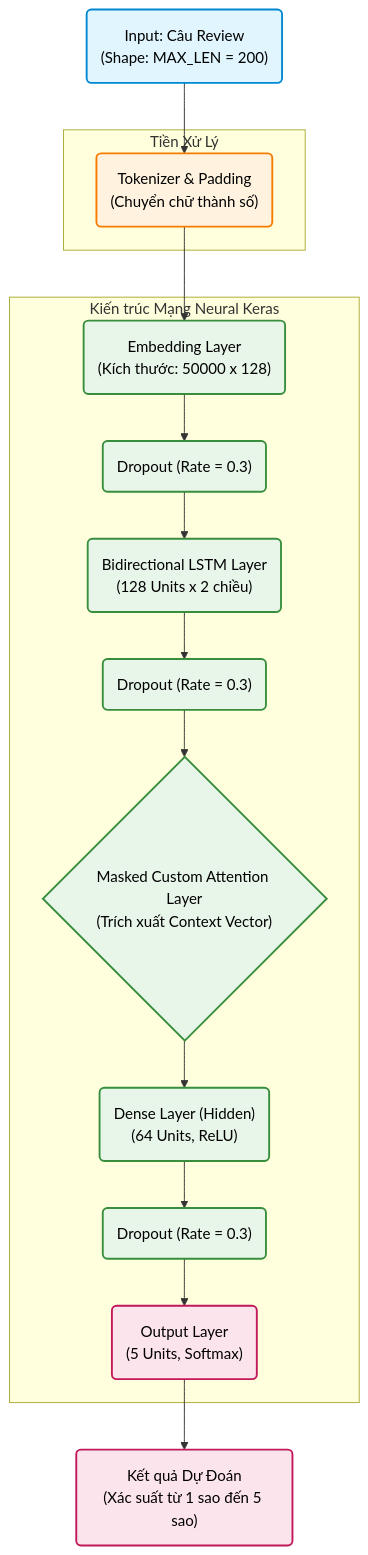
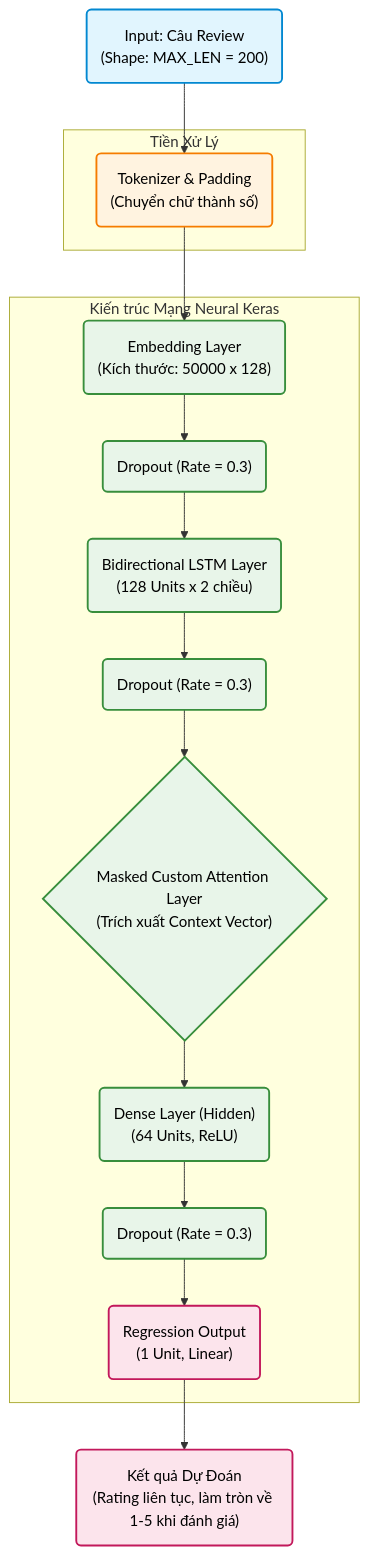
One commit to nguyenphongg233/BiLSTMnAttention-For-Sentiment-Analysis changed the diagram in BiLSTM +  Attention/Architecture.md. Above: the diagram before and after it, drawn with Mermaid. The commit also changed other lines of this file and 9 other files, not shown here.

Commit message:
weighted MSE to handle dataset imbalance and add more detailed graphs

````diff
--- a/BiLSTM +  Attention/Architecture.md
+++ b/BiLSTM +  Attention/Architecture.md
@@ -5,50 +5,50 @@
 ```mermaid
 graph TD
     %% Định nghĩa các Style để biểu đồ đẹp hơn
     classDef input fill:#e1f5fe,stroke:#0288d1,stroke-width:2px,color:#000
     classDef processing fill:#fff3e0,stroke:#f57c00,stroke-width:2px,color:#000
     classDef core fill:#e8f5e9,stroke:#388e3c,stroke-width:2px,color:#000
     classDef output fill:#fce4ec,stroke:#c2185b,stroke-width:2px,color:#000
 
     %% Các khối chính
     A("Input: Câu Review <br>(Shape: MAX_LEN = 200)")
     
     subgraph tien_xu_ly [Tiền Xử Lý]
         B("Tokenizer & Padding<br>(Chuyển chữ thành số)")
     end
     
     subgraph neural_network [Kiến trúc Mạng Neural Keras]
         C("Embedding Layer<br>(Kích thước: 50000 x 128)")
         Drop1("Dropout (Rate = 0.3)")
         
         D("Bidirectional LSTM Layer<br>(128 Units x 2 chiều)")
         Drop2("Dropout (Rate = 0.3)")
         
         E{"Masked Custom Attention Layer<br>(Trích xuất Context Vector)"}
         
         F("Dense Layer (Hidden)<br>(64 Units, ReLU)")
         Drop3("Dropout (Rate = 0.3)")
         
-        G("Output Layer<br>(5 Units, Softmax)")
+        G("Regression Output<br>(1 Unit, Linear)")
     end
     
-    H("Kết quả Dự Đoán<br>(Xác suất từ 1 sao đến 5 sao)")
+    H("Kết quả Dự Đoán<br>(Rating liên tục, làm tròn về 1-5 khi đánh giá)")
 
     %% Luồng dữ liệu
     A --> B
     B --> C
     C --> Drop1
     Drop1 --> D
     D --> Drop2
     Drop2 --> E
     E --> F
     F --> Drop3
     Drop3 --> G
     G --> H
 
     %% Gán Style
     class A input
     class B processing
     class C,Drop1,D,Drop2,E,F,Drop3 core
     class G,H output
 ```
````
